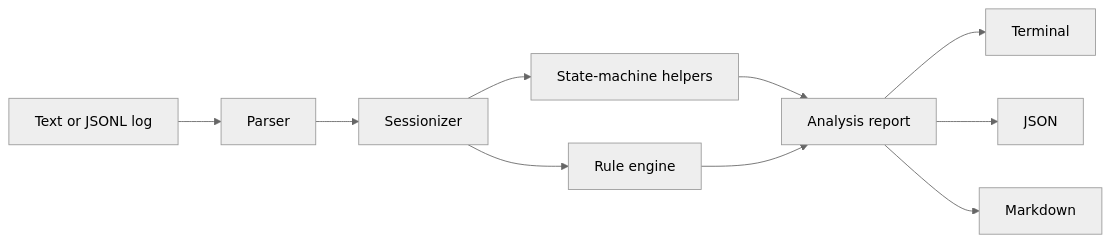
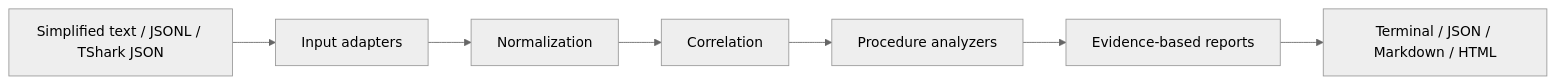
Before and after one commit to omidrahimirad/telecom-protocol-log-analyzer: the diagram in README.md, drawn with Mermaid (neutral theme). The commit also changed other lines of this file and 26 other files, not shown here.

Commit message:
Add procedure-aware trace ingestion and troubleshooting engine

````diff
--- a/README.md
+++ b/README.md
@@ -28,12 +42,9 @@
 ```mermaid
 flowchart LR
-    A["Text or JSONL log"] --> B["Parser"]
-    B --> C["Sessionizer"]
-    C --> D["State-machine helpers"]
-    C --> E["Rule engine"]
-    D --> F["Analysis report"]
-    E --> F["Analysis report"]
-    F --> G["Terminal"]
-    F --> H["JSON"]
-    F --> I["Markdown"]
+    A["Simplified text / JSONL / TShark JSON"] --> B["Input adapters"]
+    B --> C["Normalization"]
+    C --> D["Correlation"]
+    D --> E["Procedure analyzers"]
+    E --> F["Evidence-based reports"]
+    F --> G["Terminal / JSON / Markdown / HTML"]
 ```
````
